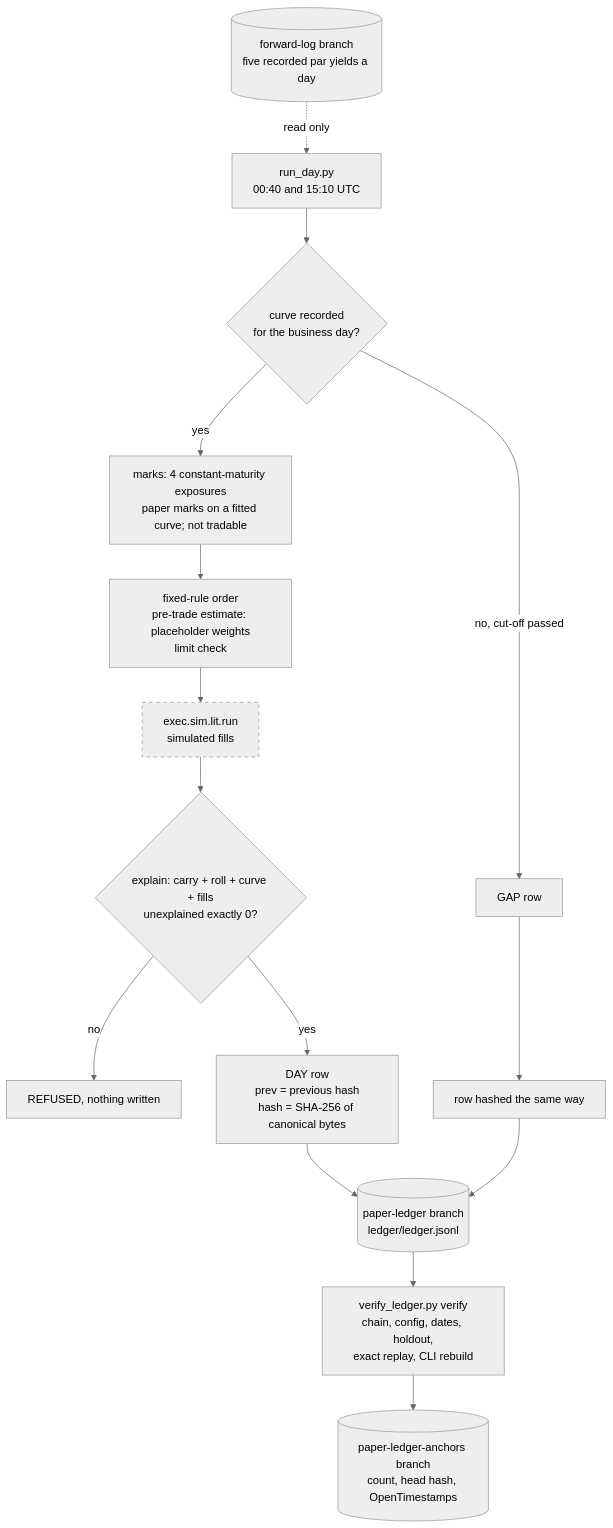
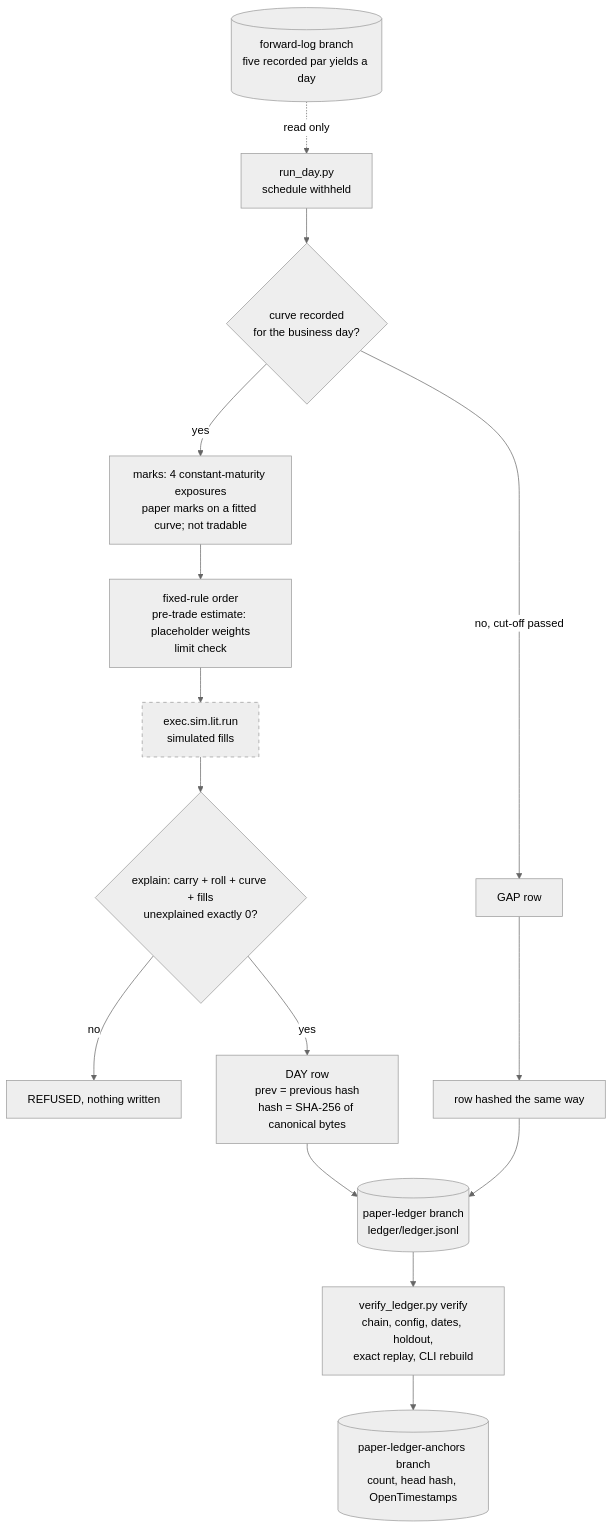
Before and after one commit to AshJha0/quantforge: diagram 41 of 54 in docs/diagrams/README.md, drawn with Mermaid (neutral theme). The commit also changed other lines of this file and 4 other files, not shown here.

Commit message:
Docs: CHANGELOG and v0.10.1 notes to the k-r2 state (audit A fixed list, K-4c/K-5a 1.1.0, status words KA-C21, wave 2 KA-C22, tlk_k KA-C19, Linux check KA-C25); LEARN stage K status; daily-ledger schedule withheld in diagram and tutorial 58

````diff
--- a/docs/diagrams/README.md
+++ b/docs/diagrams/README.md
@@ -725,20 +725,20 @@
 ```mermaid
 flowchart TB
   accTitle: Daily paper ledger run with its hash chain and anchor
   accDescr: The scheduled job reads the Treasury par yields the recorder already wrote to the forward-log branch. For each due business day it marks four constant-maturity exposures on a linear curve through five par yields, sends the fixed rule's one order through the pre-trade estimate and limit check to the simulated lit venue, computes the post-trade TCA and the P&L explain, and refuses the day unless the unexplained term is exactly zero. The row is hashed with the previous row's hash and appended to the ledger on the paper-ledger branch. The whole ledger is verified, the summary written, and the new head hash with the row count is stamped with OpenTimestamps on the paper-ledger-anchors branch. A day with no recorded curve becomes a GAP row; a day past its cut-off becomes a late row with no order.
-  FL[("forward-log branch<br/>five recorded par yields a day")] -.->|"read only"| RUN["run_day.py<br/>00:40 and 15:10 UTC"]
+  FL[("forward-log branch<br/>five recorded par yields a day")] -.->|"read only"| RUN["run_day.py<br/>schedule withheld"]
   RUN --> DUE{"curve recorded<br/>for the business day?"}
   DUE -->|"no, cut-off passed"| GAP[GAP row]
   DUE -->|yes| MK["marks: 4 constant-maturity exposures<br/>paper marks on a fitted curve; not tradable"]
   MK --> ORD["fixed-rule order<br/>pre-trade estimate: placeholder weights<br/>limit check"]
   ORD --> SIM["exec.sim.lit.run<br/>simulated fills"]
   SIM --> EX{"explain: carry + roll + curve + fills<br/>unexplained exactly 0?"}
   EX -->|no| REF["REFUSED, nothing written"]
   EX -->|yes| ROW["DAY row<br/>prev = previous hash<br/>hash = SHA-256 of canonical bytes"]
   GAP --> ROW2["row hashed the same way"]
   ROW & ROW2 --> L[("paper-ledger branch<br/>ledger/ledger.jsonl")]
   L --> VER["verify_ledger.py verify<br/>chain, config, dates, holdout,<br/>exact replay, CLI rebuild"]
   VER --> ANC[("paper-ledger-anchors branch<br/>count, head hash, OpenTimestamps")]
   classDef sim stroke-dasharray: 5 5
   class SIM sim
 ```
````
